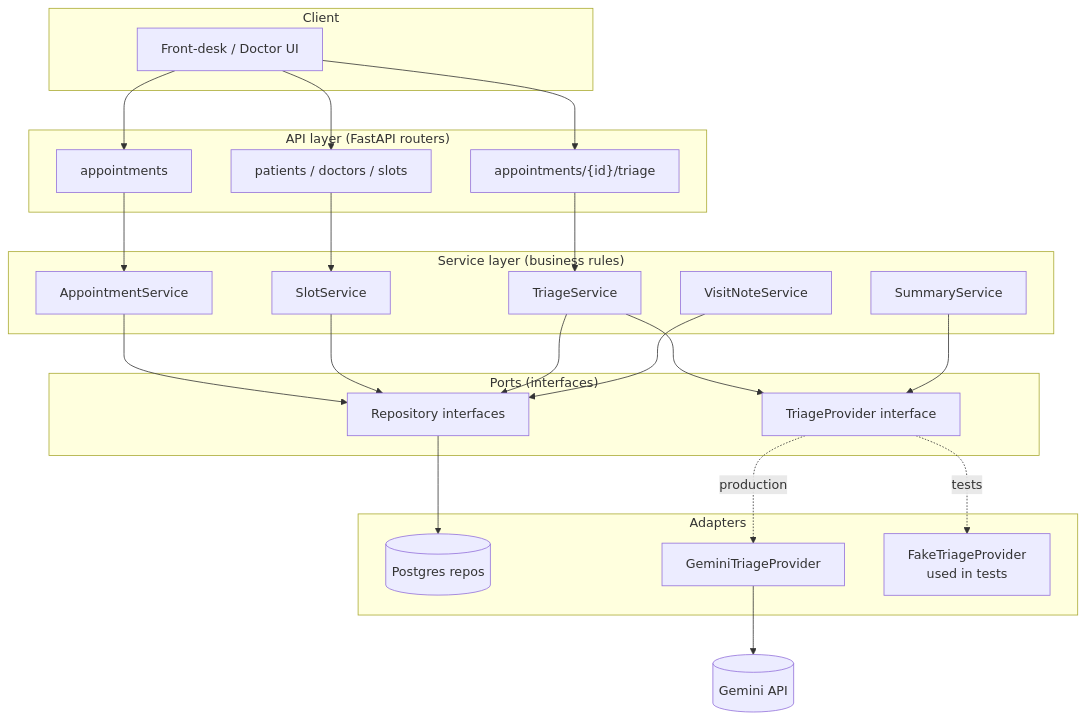
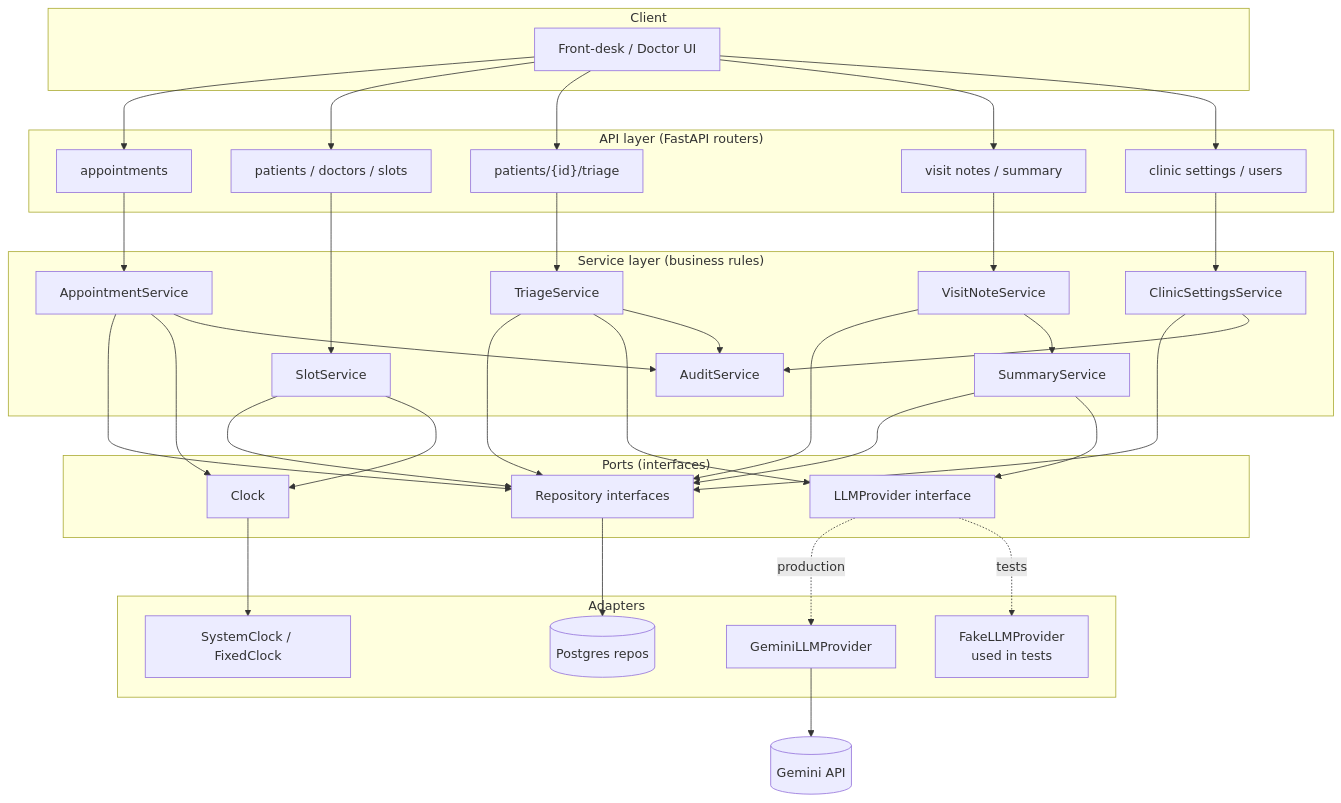
The diagram in docs/spec.md (virtualanuj/care-connect), drawn with Mermaid before and after one commit. The commit also changed other lines of this file and 6 other files, not shown here.

````diff
--- a/docs/spec.md
+++ b/docs/spec.md
@@ -275,48 +442,65 @@
 ```mermaid
 flowchart TB
     subgraph Client
         UI[Front-desk / Doctor UI]
     end
 
     subgraph API["API layer (FastAPI routers)"]
         R1[appointments]
         R2[patients / doctors / slots]
-        R3["appointments/{id}/triage"]
+        R3["patients/{id}/triage"]
+        R4[visit notes / summary]
+        R5[clinic settings / users]
     end
 
     subgraph Services["Service layer (business rules)"]
         AS[AppointmentService]
         SS[SlotService]
         TS[TriageService]
         SM[SummaryService]
         VN[VisitNoteService]
+        CS[ClinicSettingsService]
+        AU[AuditService]
     end
 
     subgraph Ports["Ports (interfaces)"]
         RepoPort[Repository interfaces]
-        TP[TriageProvider interface]
+        ClockPort[Clock]
+        TP[LLMProvider interface]
     end
 
     subgraph Adapters["Adapters"]
         PG[(Postgres repos)]
-        Gemini[GeminiTriageProvider]
-        Fake[FakeTriageProvider<br/>used in tests]
+        Sys[SystemClock / FixedClock]
+        Gemini[GeminiLLMProvider]
+        Fake[FakeLLMProvider<br/>used in tests]
     end
 
     ExtGemini[(Gemini API)]
 
-    UI --> R1 & R2 & R3
+    UI --> R1 & R2 & R3 & R4 & R5
     R1 --> AS
     R2 --> SS
     R3 --> TS
+    R4 --> VN
+    R5 --> CS
     AS --> RepoPort
+    AS --> ClockPort
+    AS --> AU
     SS --> RepoPort
+    SS --> ClockPort
     TS --> RepoPort
     TS --> TP
+    TS --> AU
+    SM --> RepoPort
     SM --> TP
     VN --> RepoPort
+    VN --> SM
+    CS --> RepoPort
+    CS --> AU
     RepoPort --> PG
+    ClockPort --> Sys
     TP -. production .-> Gemini
     TP -. tests .-> Fake
     Gemini --> ExtGemini
 ```
````
